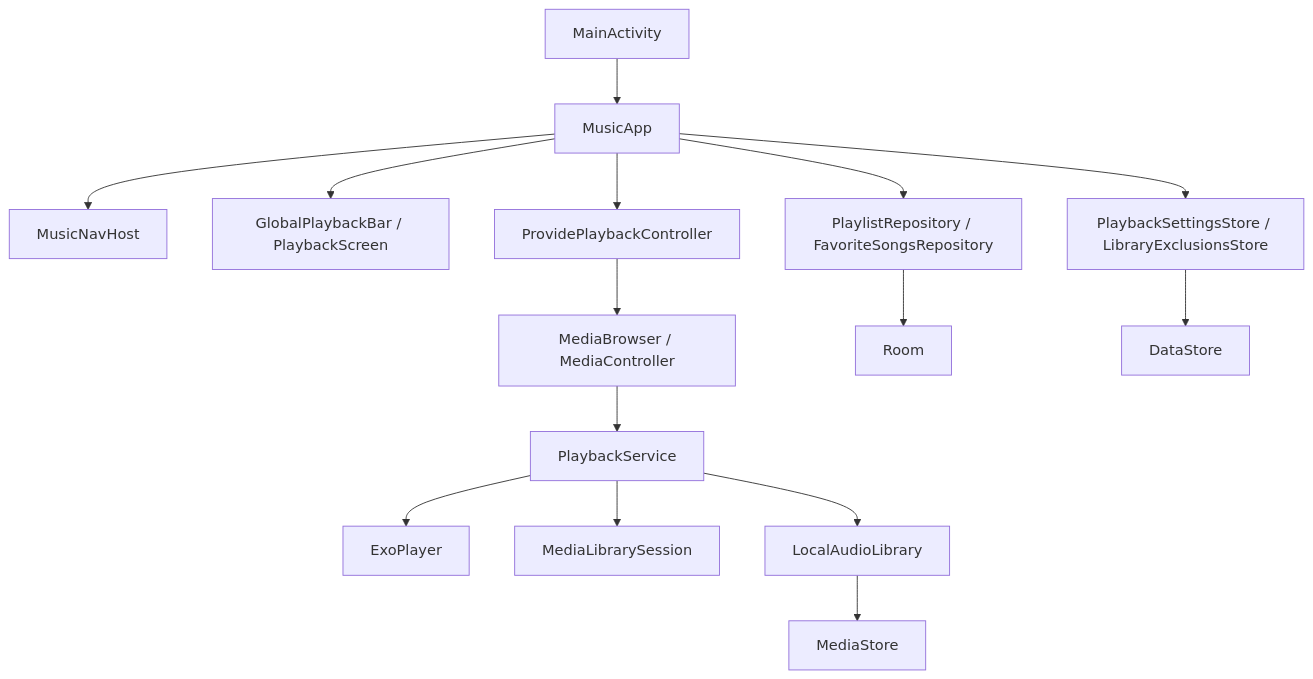
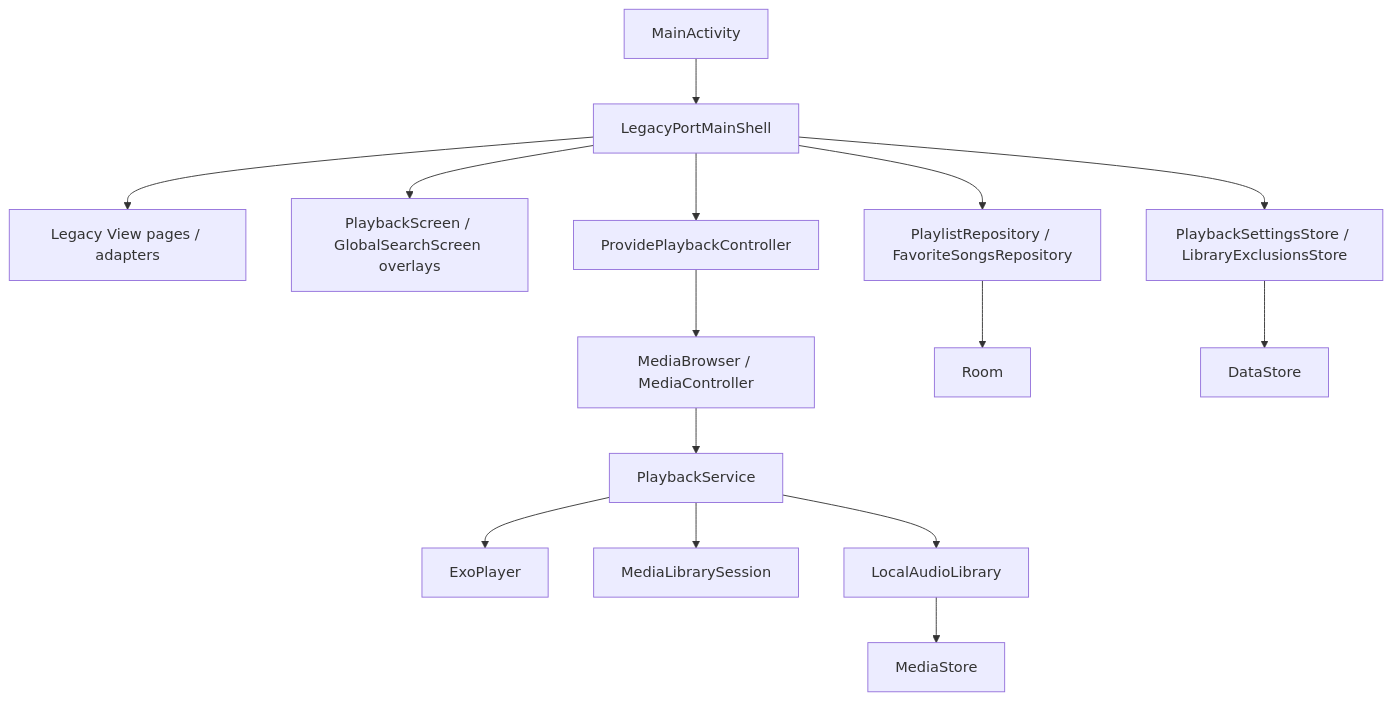
Before and after one commit to DE105/SmartisanMusic-Revived: the diagram in README.md, drawn with Mermaid. The commit also changed other lines of this file and 25 other files, not shown here.

````diff
--- a/README.md
+++ b/README.md
@@ -69,17 +69,17 @@
 ```mermaid
 flowchart TD
-    A["MainActivity"] --> B["MusicApp"]
-    B --> C["MusicNavHost"]
-    B --> D["GlobalPlaybackBar / PlaybackScreen"]
+    A["MainActivity"] --> B["LegacyPortMainShell"]
+    B --> C["Legacy View pages / adapters"]
+    B --> D["PlaybackScreen / GlobalSearchScreen overlays"]
     B --> E["ProvidePlaybackController"]
     E --> F["MediaBrowser / MediaController"]
     F --> G["PlaybackService"]
     G --> H["ExoPlayer"]
     G --> I["MediaLibrarySession"]
     G --> J["LocalAudioLibrary"]
     J --> K["MediaStore"]
     B --> L["PlaylistRepository / FavoriteSongsRepository"]
     B --> M["PlaybackSettingsStore / LibraryExclusionsStore"]
     L --> N["Room"]
     M --> O["DataStore"]
 ```
````
